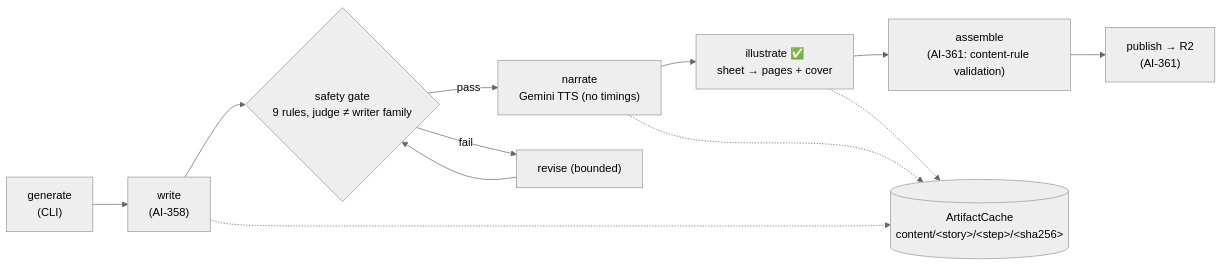
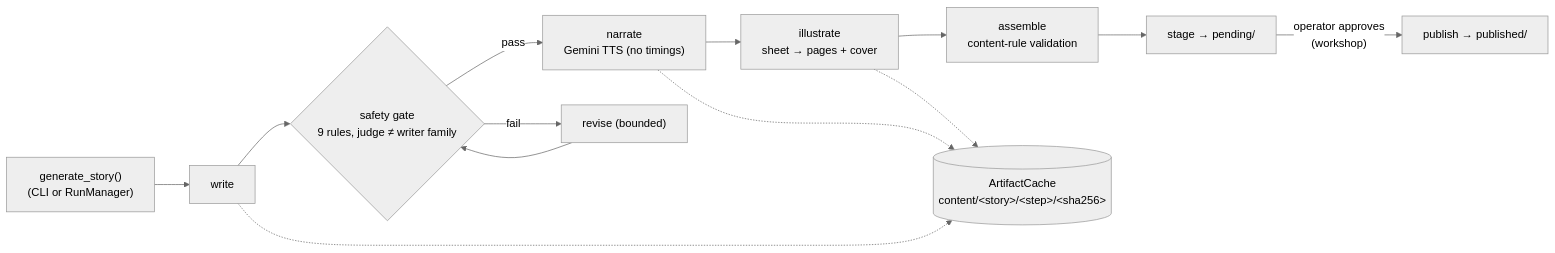
Before and after one commit to darth-dodo/cantastorie: the sixth of 7 diagrams in docs/system-overview.md, drawn with Mermaid (neutral theme). The commit also changed other lines of this file, not shown here.

First line of the commit message:
docs(system-overview): cover workshop, Clerk parent auth, published proxy, observability

````diff
--- a/docs/system-overview.md
+++ b/docs/system-overview.md
@@ -174,16 +184,17 @@
 ```mermaid
 flowchart LR
-    G["generate<br/>(CLI)"] --> W["write<br/>(AI-358)"]
+    G["generate_story()<br/>(CLI or RunManager)"] --> W["write"]
     W --> SG{"safety gate<br/>9 rules, judge ≠ writer family"}
     SG -- pass --> N["narrate<br/>Gemini TTS (no timings)"]
     SG -- fail --> RV["revise (bounded)"]
     RV --> SG
-    N --> I["illustrate ✅<br/>sheet → pages + cover"]
-    I --> A["assemble<br/>(AI-361: content-rule validation)"]
-    A --> PB["publish → R2<br/>(AI-361)"]
+    N --> I["illustrate<br/>sheet → pages + cover"]
+    I --> A["assemble<br/>content-rule validation"]
+    A --> ST["stage → pending/"]
+    ST -- "operator approves<br/>(workshop)" --> PB["publish → published/"]
 
     Cache[("ArtifactCache<br/>content/&lt;story&gt;/&lt;step&gt;/&lt;sha256&gt;")]
     W -.-> Cache
     N -.-> Cache
     I -.-> Cache
 ```
````
